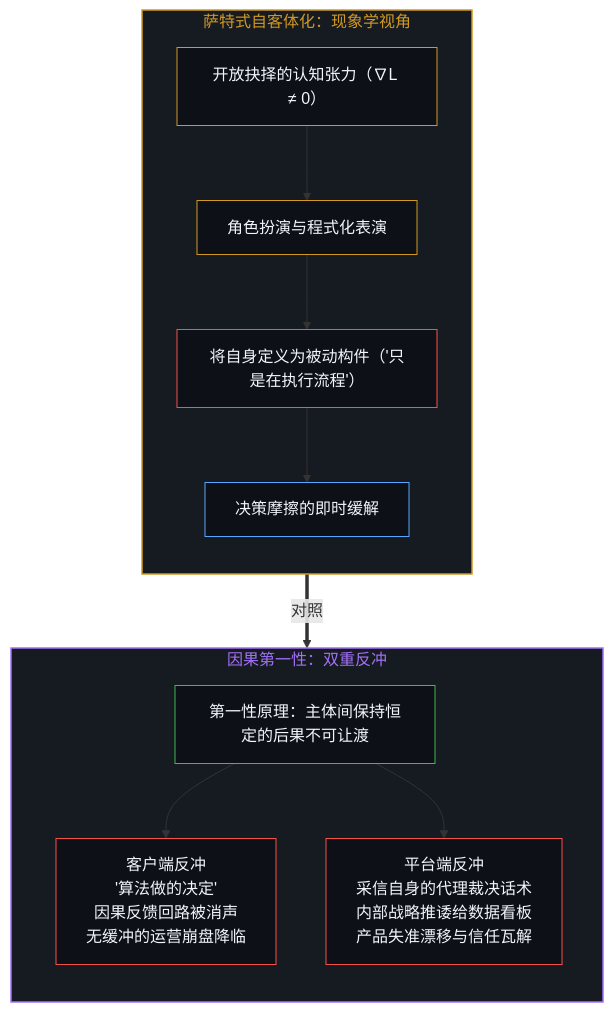
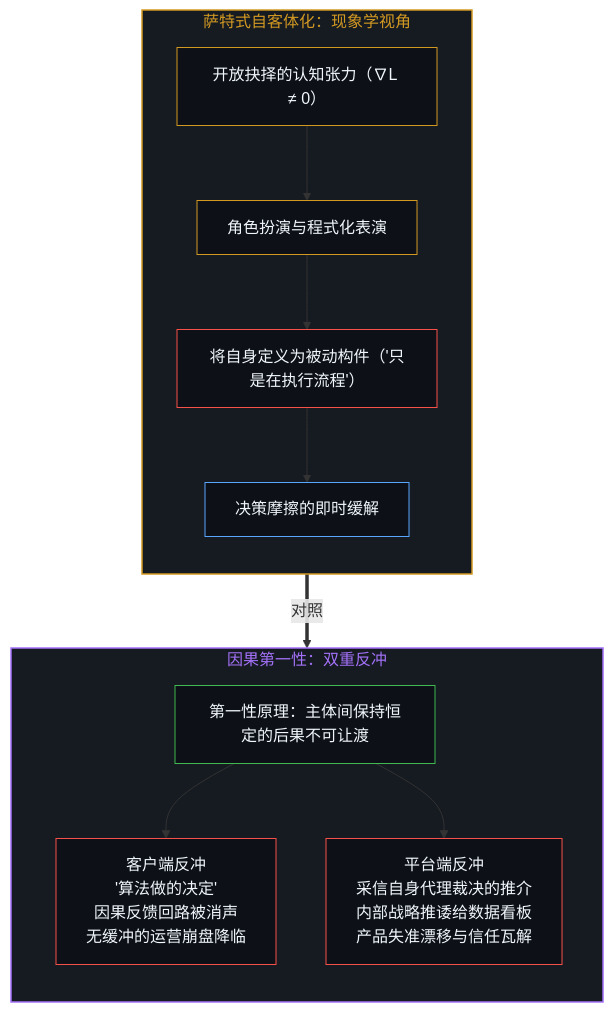
One commit to powerpig99/not-a-toe changed the seventh of 12 diagrams in content/posts/the-delegation-of-the-task-and-the-inalienability-of-consequences.md. Above: the diagram before and after it, drawn with Mermaid. The commit also changed other lines of this file and 21 other files, not shown here.

````diff
--- a/content/posts/the-delegation-of-the-task-and-the-inalienability-of-consequences.md
+++ b/content/posts/the-delegation-of-the-task-and-the-inalienability-of-consequences.md
@@ -223,25 +223,25 @@
 ```mermaid
 flowchart TD
     subgraph S_Sartre["萨特式自客体化：现象学视角"]
         direction TB
         S1["开放抉择的认知张力（∇L ≠ 0）"] --> S2["角色扮演与程式化表演"]
         S2 --> S3["将自身定义为被动构件（'只是在执行流程'）"]
         S3 --> S4["决策摩擦的即时缓解"]
     end
     subgraph S_FirstPrinciples["因果第一性：双重反冲"]
         direction TB
         C_Origin["第一性原理：主体间保持恒定的后果不可让渡"]
         C_Origin --> B_Client["客户端反冲<br/>'算法做的决定'<br/>因果反馈回路被消声<br/>无缓冲的运营崩盘降临"]
-        C_Origin --> B_Platform["平台端反冲<br/>采信自身的代理裁决话术<br/>内部战略推诿给数据看板<br/>产品失准漂移与信任瓦解"]
+        C_Origin --> B_Platform["平台端反冲<br/>采信自身代理裁决的推介<br/>内部战略推诿给数据看板<br/>产品失准漂移与信任瓦解"]
     end
     S_Sartre ==>|"对照"| S_FirstPrinciples
     style S_Sartre fill:#161b22,stroke:#d29922,stroke-width:1.5px,color:#d29922
     style S_FirstPrinciples fill:#161b22,stroke:#a371f7,stroke-width:1.5px,color:#a371f7
     style S1 fill:#0d1117,stroke:#d29922,stroke-width:1px,color:#f0f6fc
     style S2 fill:#0d1117,stroke:#d29922,stroke-width:1px,color:#f0f6fc
     style S3 fill:#0d1117,stroke:#f85149,stroke-width:1px,color:#f0f6fc
     style S4 fill:#0d1117,stroke:#58a6ff,stroke-width:1px,color:#f0f6fc
     style C_Origin fill:#0d1117,stroke:#3fb950,stroke-width:1px,color:#f0f6fc
     style B_Client fill:#0d1117,stroke:#f85149,stroke-width:1px,color:#f0f6fc
     style B_Platform fill:#0d1117,stroke:#f85149,stroke-width:1px,color:#f0f6fc
 ```
````
